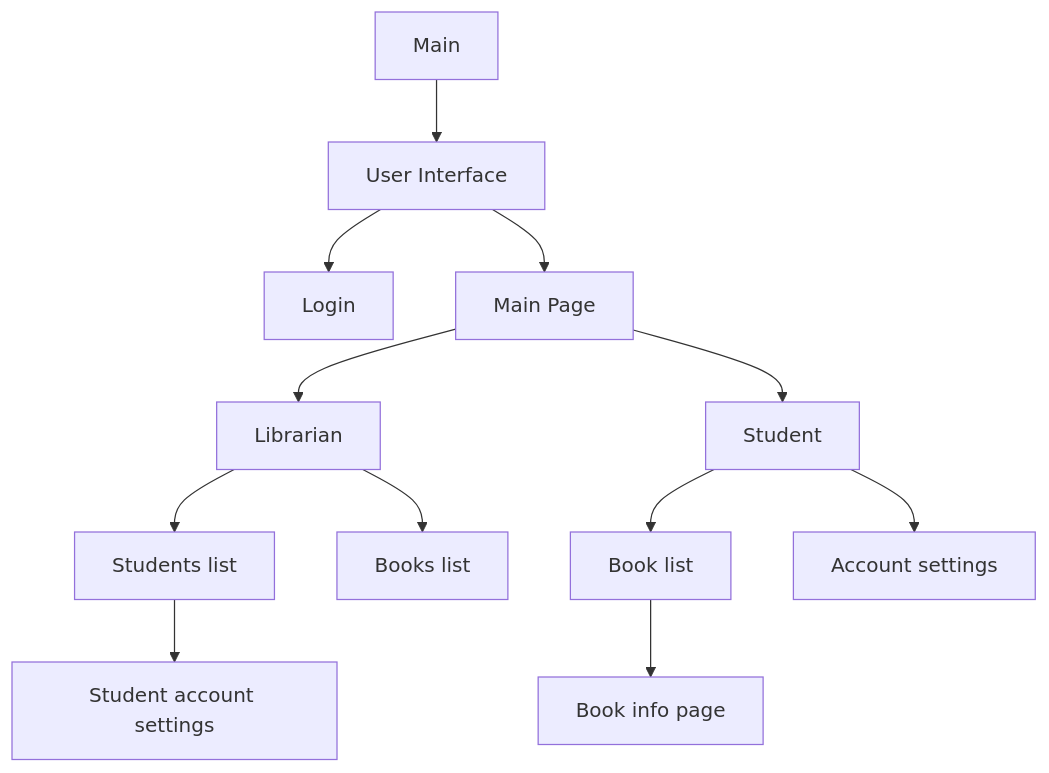
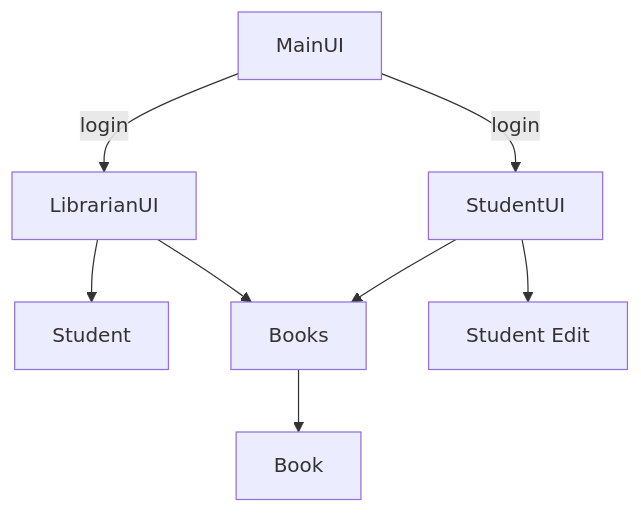
Before and after one commit to PatrykFlama/LibrarySystem: the diagram in README.md, drawn with Mermaid. The commit also changed other lines of this file, not shown here.

Commit message:
class dependency

````diff
--- a/README.md
+++ b/README.md
@@ -6,14 +6,10 @@
 ```mermaid
 graph TD
-    A[Main]-->B[User Interface]
-    B-->C[Login]
-    B-->D[Main Page]
-    D-->E[Librarian]
-    D-->F[Student]
-    E-->G[Students list]
-    E-->H[Books list]
-    F-->I[Book list]
-    F-->J[Account settings]
-    G-->Ga[Student account settings]
-    I-->Ia[Book info page]
+    M[MainUI] --> |login| LU[LibrarianUI]
+    M         --> |login| SU[StudentUI]
+    LU --> S[Student]
+    LU --> Bs[Books]
+    Bs --> B[Book]
+    SU --> Se[Student Edit]
+    SU --> Bs
 ```
````
